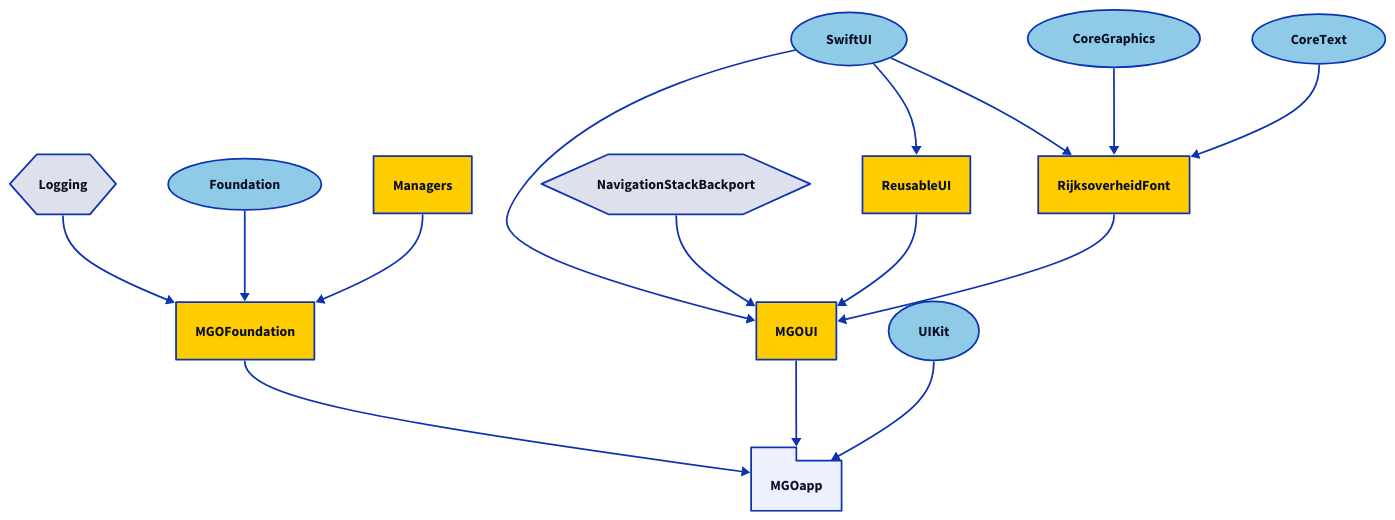
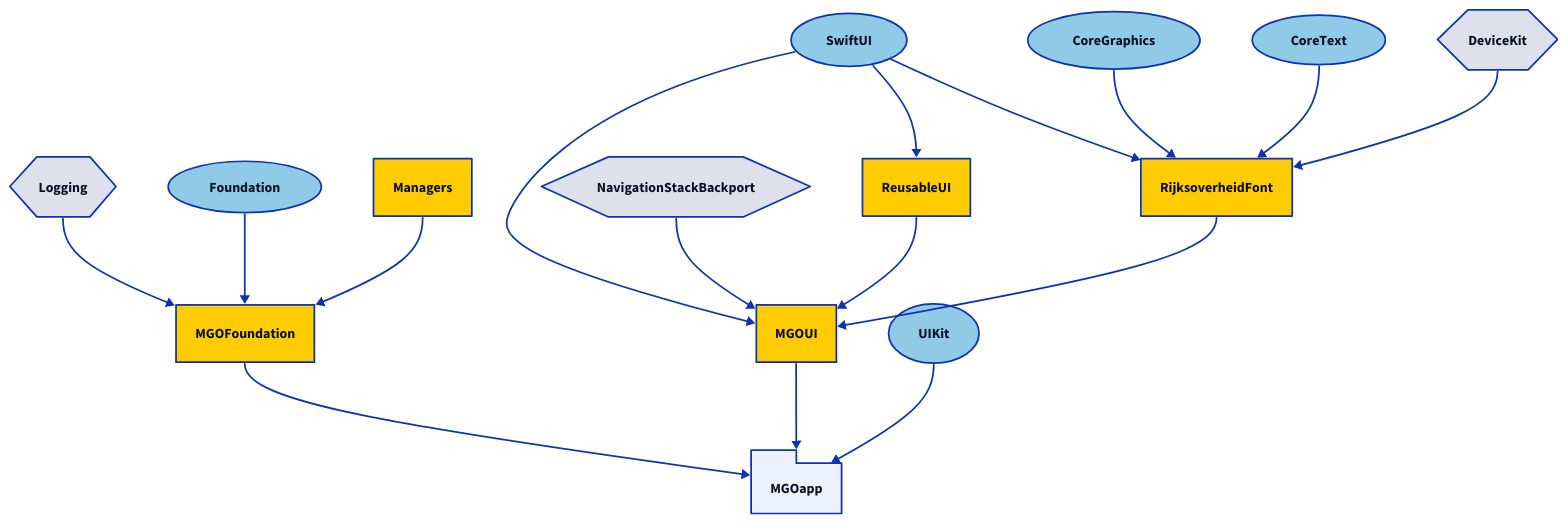
Before and after one commit to minvws/nl-mgo-app-ios: the diagram in Diagrams/packages-withouttests.d2, drawn with D2. The commit also changed 4 other files, not shown here.

```diff
--- a/Diagrams/packages-withouttests.d2
+++ b/Diagrams/packages-withouttests.d2
@@ -1,64 +1,68 @@
 direction: down
 
 # Apple
 UIKit: {
   shape: oval
   style.fill: "#8FCAE7"
 }
 SwiftUI: {
   shape: oval
   style.fill: "#8FCAE7"
 }
 Foundation: {
   shape: oval
   style.fill: "#8FCAE7"
 }
 CoreGraphics: {
   shape: oval
   style.fill: "#8FCAE7"
 }
 CoreText: {
   shape: oval
   style.fill: "#8FCAE7"
 }
 
 # Third-Party
 NavigationStackBackport: {
   shape: hexagon
 }
 Logging: {
+  shape: hexagon
+}
+DeviceKit: {
   shape: hexagon
 }
 
 # The application
 
 MGOapp: {
   shape: package
 }
 
 MGOapp <- MGOFoundation
 MGOapp <- MGOUI
 MGOapp <- UIKit
 
 # - Packages -
 
 MGOFoundation { style.fill: "#ffcc00" }
 MGOFoundation <- Logging
 MGOFoundation <- Foundation
 MGOFoundation <- Managers
 
 MGOUI { style.fill: "#ffcc00" }
 MGOUI <- SwiftUI
 MGOUI <- NavigationStackBackport
 MGOUI <- ReusableUI
 MGOUI <- RijksoverheidFont
 
 Managers { style.fill: "#ffcc00" }
 
 RijksoverheidFont { style.fill: "#ffcc00" }
 RijksoverheidFont <- SwiftUI
 RijksoverheidFont <- CoreGraphics
 RijksoverheidFont <- CoreText
+RijksoverheidFont <- DeviceKit
 
 ReusableUI { style.fill: "#ffcc00" }
 ReusableUI <- SwiftUI
```
